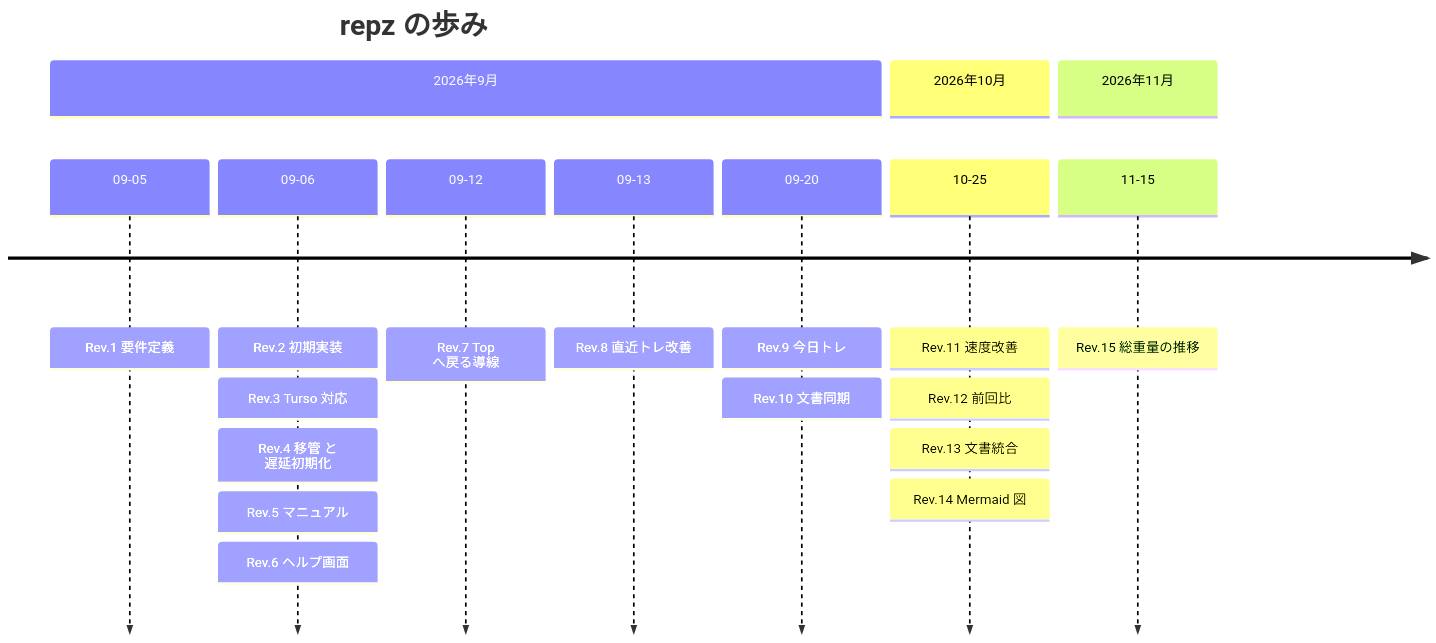
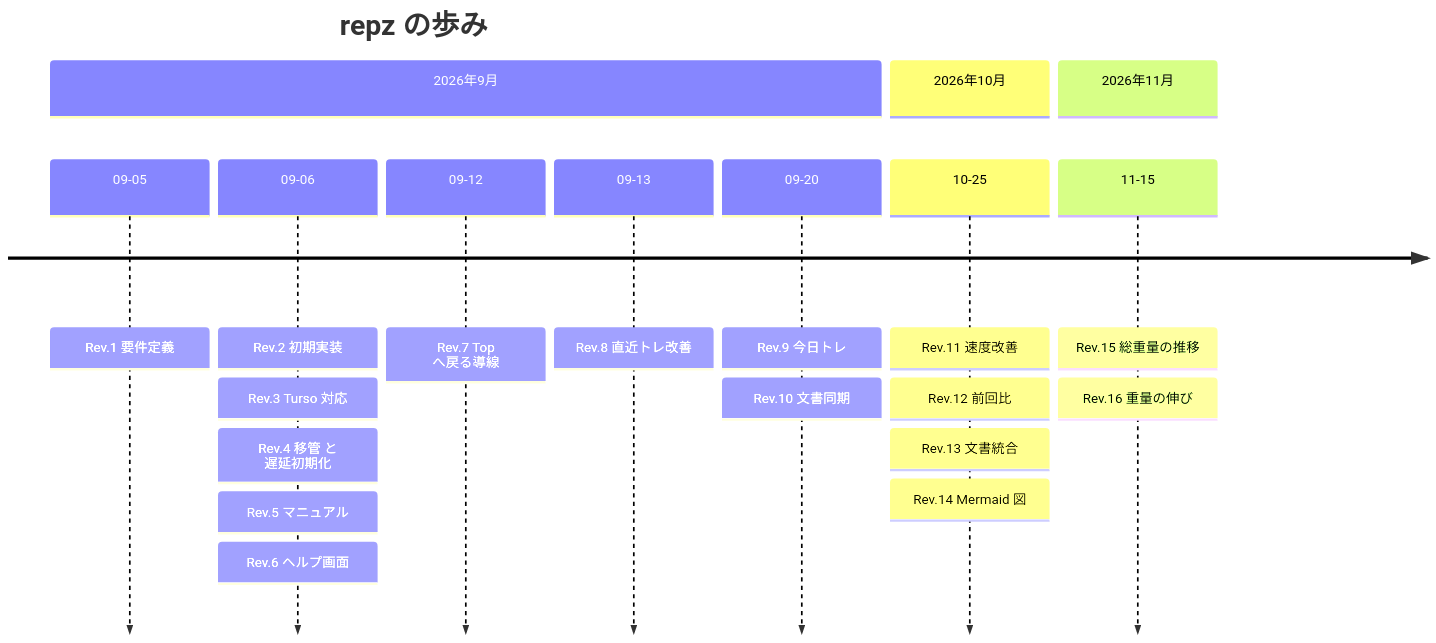
Before and after one commit to mojiki/repz: diagram 19 of 19 in README.md, drawn with Mermaid. The commit also changed other lines of this file and 9 other files, not shown here.

````diff
--- a/README.md
+++ b/README.md
@@ -1423,14 +1472,14 @@
 ```mermaid
 timeline
     title repz の歩み
     section 2026年9月
         09-05 : Rev.1 要件定義
         09-06 : Rev.2 初期実装 : Rev.3 Turso 対応 : Rev.4 移管 と 遅延初期化 : Rev.5 マニュアル : Rev.6 ヘルプ画面
         09-12 : Rev.7 Top へ戻る導線
         09-13 : Rev.8 直近トレ改善
         09-20 : Rev.9 今日トレ : Rev.10 文書同期
     section 2026年10月
         10-25 : Rev.11 速度改善 : Rev.12 前回比 : Rev.13 文書統合 : Rev.14 Mermaid 図
     section 2026年11月
-        11-15 : Rev.15 総重量の推移
+        11-15 : Rev.15 総重量の推移 : Rev.16 重量の伸び
 ```
````
